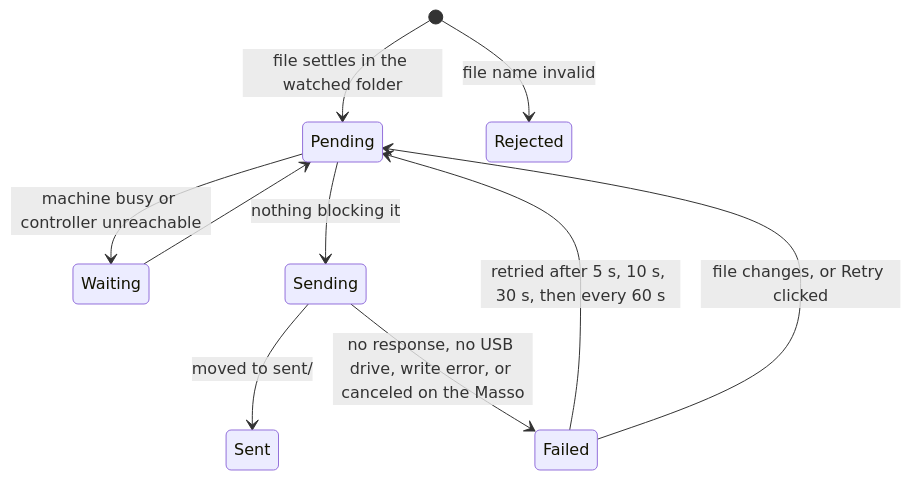
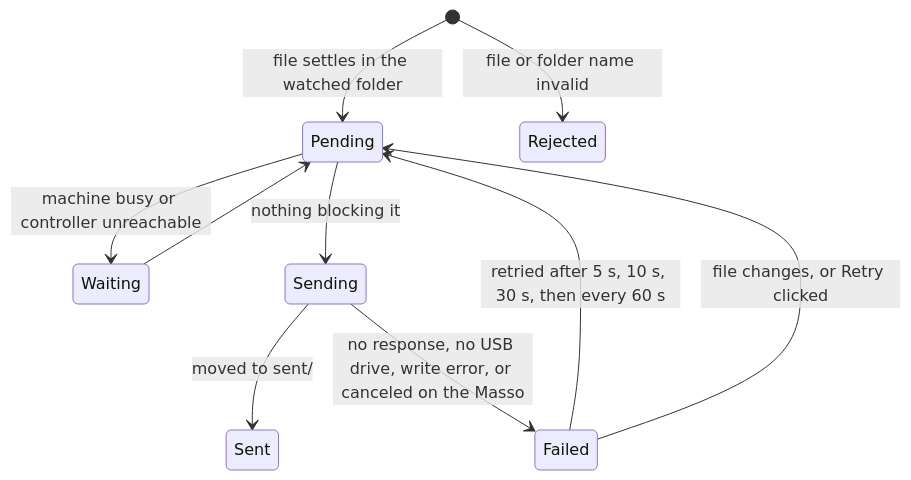
One commit to shields/mink-lasso changed the diagram in README.md. Above: the diagram before and after it, drawn with Mermaid. The commit also changed other lines of this file and 62 other files, not shown here.

````diff
--- a/README.md
+++ b/README.md
@@ -45,12 +45,12 @@
 ```mermaid
 stateDiagram-v2
     [*] --> Pending: file settles in the watched folder
-    [*] --> Rejected: file name invalid
+    [*] --> Rejected: file or folder name invalid
     Pending --> Waiting: machine busy or controller unreachable
     Waiting --> Pending
     Pending --> Sending: nothing blocking it
     Sending --> Sent: moved to sent/
     Sending --> Failed: no response, no USB drive, write error, or canceled on the Masso
     Failed --> Pending: retried after 5 s, 10 s, 30 s, then every 60 s
     Failed --> Pending: file changes, or Retry clicked
 ```
````
